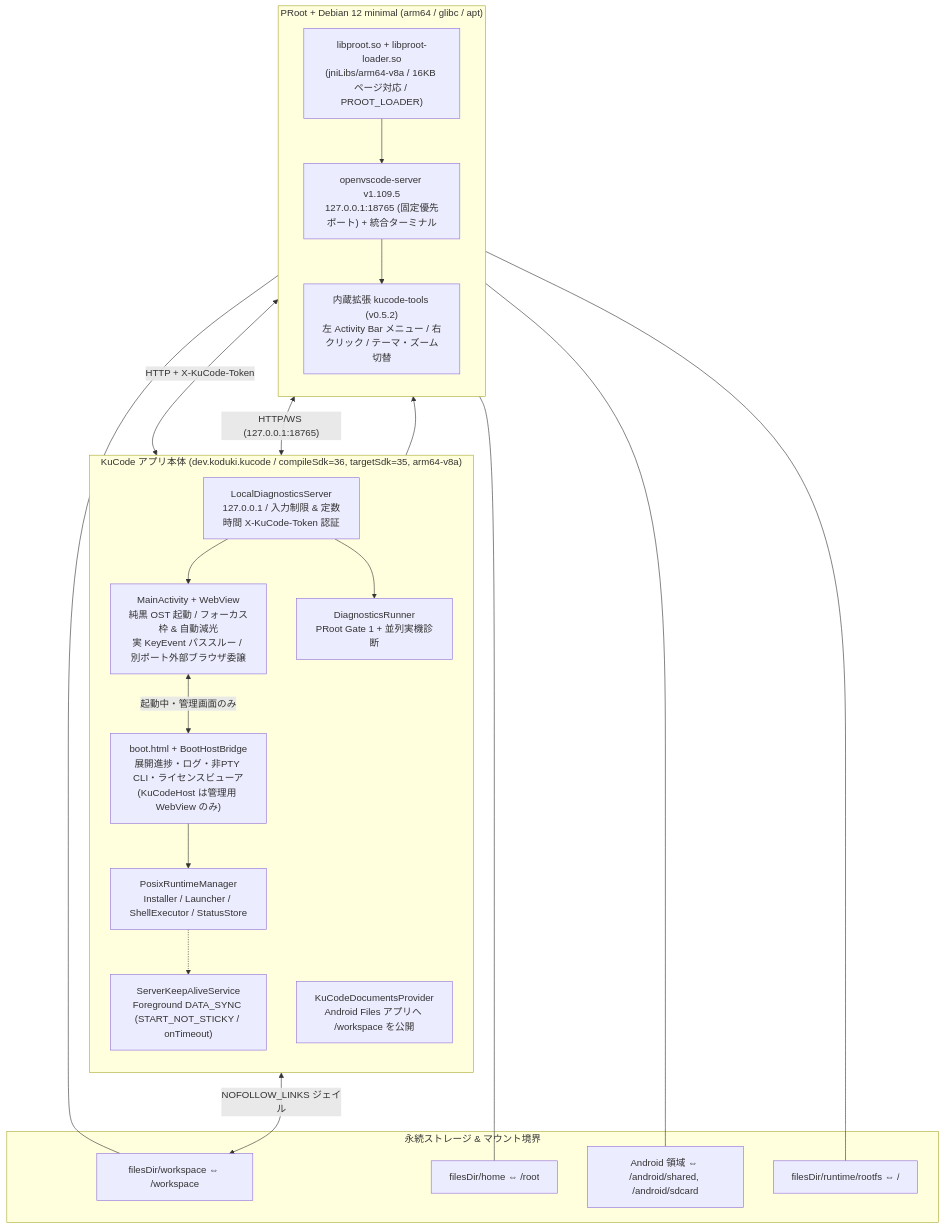
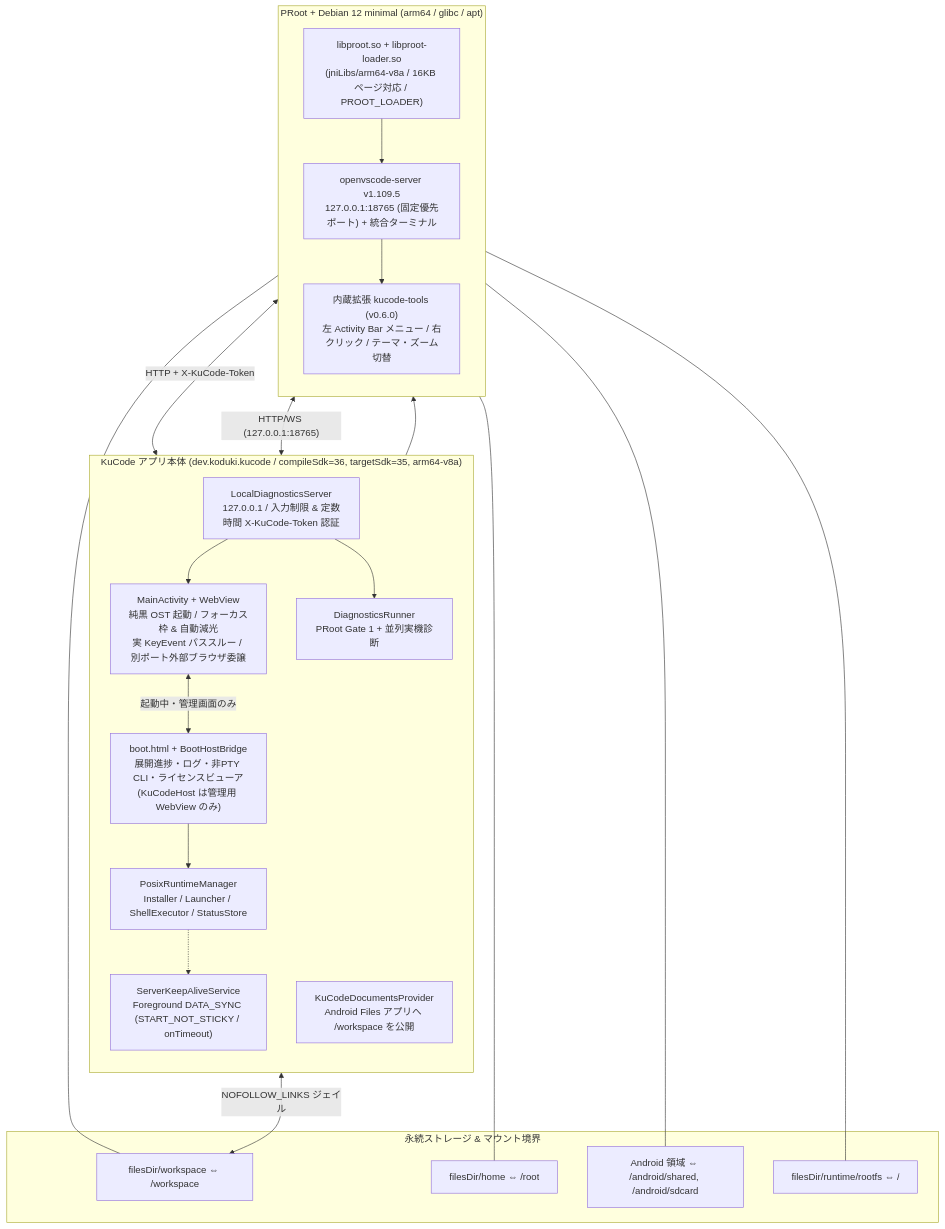
The diagram in README.md (koduki/3d-editor), drawn with Mermaid before and after one commit. The commit also changed 5 other files, not shown here.

````diff
--- a/README.md
+++ b/README.md
@@ -83,43 +83,43 @@
 ```mermaid
 flowchart TB
     subgraph AndroidXR["KuCode アプリ本体 (dev.koduki.kucode / compileSdk=36, targetSdk=35, arm64-v8a)"]
         direction TB
         MA["MainActivity + WebView<br/>純黒 OST 起動 / フォーカス枠 & 自動減光<br/>実 KeyEvent パススルー / 別ポート外部ブラウザ委譲"]
         BOOT["boot.html + BootHostBridge<br/>展開進捗・ログ・非PTY CLI・ライセンスビューア<br/>(KuCodeHost は管理用 WebView のみ)"]
         ADMIN["LocalDiagnosticsServer<br/>127.0.0.1 / 入力制限 & 定数時間 X-KuCode-Token 認証"]
         DIAG["DiagnosticsRunner<br/>PRoot Gate 1 + 並列実機診断"]
         DOC["KuCodeDocumentsProvider<br/>Android Files アプリへ /workspace を公開"]
         FGS["ServerKeepAliveService<br/>Foreground DATA_SYNC (START_NOT_STICKY / onTimeout)"]
         PRM["PosixRuntimeManager<br/>Installer / Launcher / ShellExecutor / StatusStore"]
     end
 
     subgraph Guest["PRoot + Debian 12 minimal (arm64 / glibc / apt)"]
         direction TB
         PROOT["libproot.so + libproot-loader.so<br/>(jniLibs/arm64-v8a / 16KB ページ対応 / PROOT_LOADER)"]
         VSC["openvscode-server v1.109.5<br/>127.0.0.1:18765 (固定優先ポート) + 統合ターミナル"]
-        EXT["内蔵拡張 kucode-tools (v0.5.2)<br/>左 Activity Bar メニュー / 右クリック / テーマ・ズーム切替"]
+        EXT["内蔵拡張 kucode-tools (v0.6.0)<br/>左 Activity Bar メニュー / 右クリック / テーマ・ズーム切替"]
     end
 
     subgraph Storage["永続ストレージ & マウント境界"]
         WS["filesDir/workspace ⇔ /workspace"]
         HOME["filesDir/home ⇔ /root"]
         AND["Android 領域 ⇔ /android/shared, /android/sdcard"]
         ROOTFS["filesDir/runtime/rootfs ⇔ /"]
     end
 
     MA <-->|"HTTP/WS (127.0.0.1:18765)"| VSC
     MA <-->|"起動中・管理画面のみ"| BOOT
     BOOT --> PRM
     EXT <-->|"HTTP + X-KuCode-Token"| ADMIN
     ADMIN --> DIAG
     ADMIN --> MA
     PRM --> PROOT
     PROOT --> VSC
     VSC --> EXT
     PRM -.-> FGS
     DOC <-->|"NOFOLLOW_LINKS ジェイル"| WS
     PROOT --- WS
     PROOT --- HOME
     PROOT --- AND
     PROOT --- ROOTFS
 ```
````
